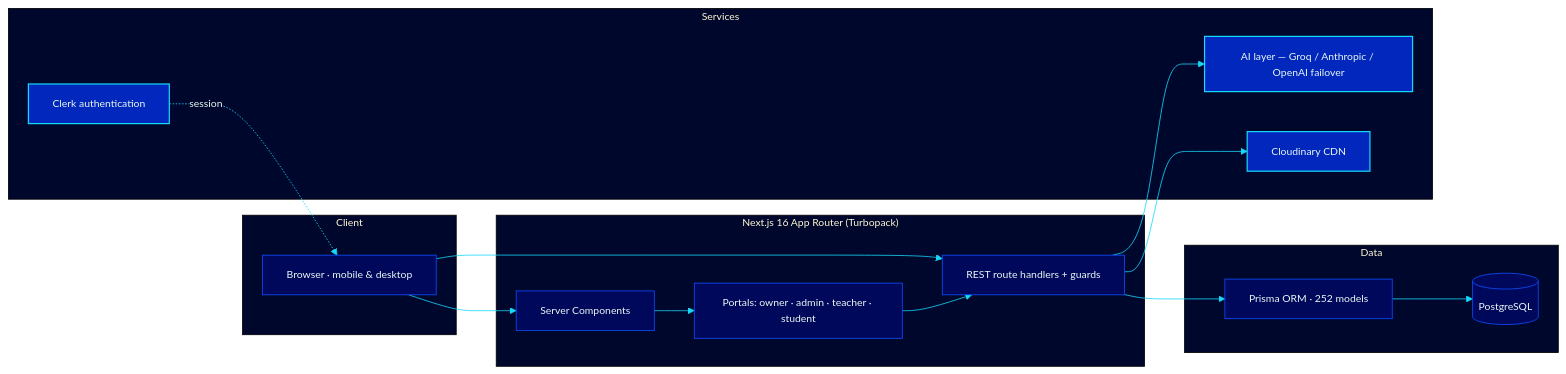
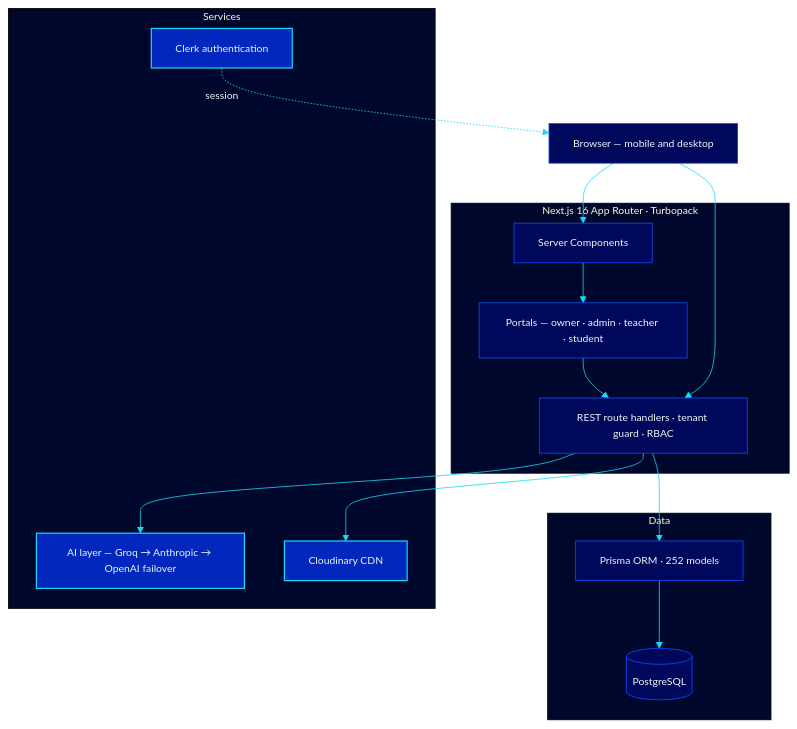
One commit to Claytonee/Leora-School-Assistant-Showcase changed the diagram in README.md. Above: the diagram before and after it, drawn with Mermaid. The commit also changed other lines of this file and 1 other file, not shown here.

Commit message:
Fix the broken banner, unsquash the architecture diagram, show the isolation claim
Both SVGs were referenced relatively, so GitHub served them from
raw.githubusercontent.com, which fails intermittently on some networks -
the banner was broken while the footer, on the same domain, loaded.
Serve both from cdn.jsdelivr.net/gh instead, so they go through camo
like the shields.io badges already do.

The architecture flowchart was LR across four subgraphs and laid out at
1959x463. In GitHub's ~830px README column that is a 42% downscale, which
put its 13px labels at about 5.5px. Restacked top-to-bottom it lays out
at 989x905, an 84% scale, so the same labels render around 11px.

Add assets/tenant-isolation.svg next to the multi-tenancy paragraph.
Cross-tenant reads being structurally guarded is the strongest claim on
the page and had no picture: the panel shows one codebase feeding three
separated schools through the data-access layer, and a cross-tenant read
being refused there.

````diff
--- a/README.md
+++ b/README.md
@@ -44,30 +44,30 @@
 ```mermaid
 %%{init: { "theme": "base", "themeVariables": { "primaryColor": "#00085B", "primaryTextColor": "#EAF7F3", "primaryBorderColor": "#0E4DFF", "lineColor": "#17D9F9", "secondaryColor": "#0127BC", "tertiaryColor": "#00072D", "clusterBkg": "#00072D", "edgeLabelBackground": "#00072D", "fontSize": "13px" } }}%%
-flowchart LR
-    subgraph Client
-        B[Browser · mobile & desktop]
+flowchart TB
+    B["Browser — mobile and desktop"]
+    subgraph APP["Next.js 16 App Router · Turbopack"]
+        RSC["Server Components"]
+        P["Portals — owner · admin · teacher · student"]
+        API["REST route handlers · tenant guard · RBAC"]
     end
-    subgraph App["Next.js 16 App Router (Turbopack)"]
-        RSC[Server Components]
-        P[Portals: owner · admin · teacher · student]
-        API[REST route handlers + guards]
+    subgraph DATA["Data"]
+        PR["Prisma ORM · 252 models"]
+        PG[("PostgreSQL")]
     end
-    subgraph Data
-        PG[(PostgreSQL)]
-        PR[Prisma ORM · 252 models]
+    subgraph SVC["Services"]
+        CK["Clerk authentication"]
+        AI["AI layer — Groq → Anthropic → OpenAI failover"]
+        CDN["Cloudinary CDN"]
     end
-    subgraph Services
-        C[Clerk authentication]
-        AI[AI layer — Groq / Anthropic / OpenAI failover]
-        CDN[Cloudinary CDN]
-    end
-    B --> RSC --> P
+    B --> RSC
+    RSC --> P
+    P --> API
     B --> API
-    API --> PR --> PG
-    P --> API
+    API --> PR
+    PR --> PG
     API --> AI
     API --> CDN
-    C -. session .-> B
+    CK -. session .-> B
     classDef svc fill:#0127BC,stroke:#17D9F9,color:#EAF7F3,stroke-width:1.5px;
-    class C,AI,CDN svc;
+    class CK,AI,CDN svc;
 ```
````
